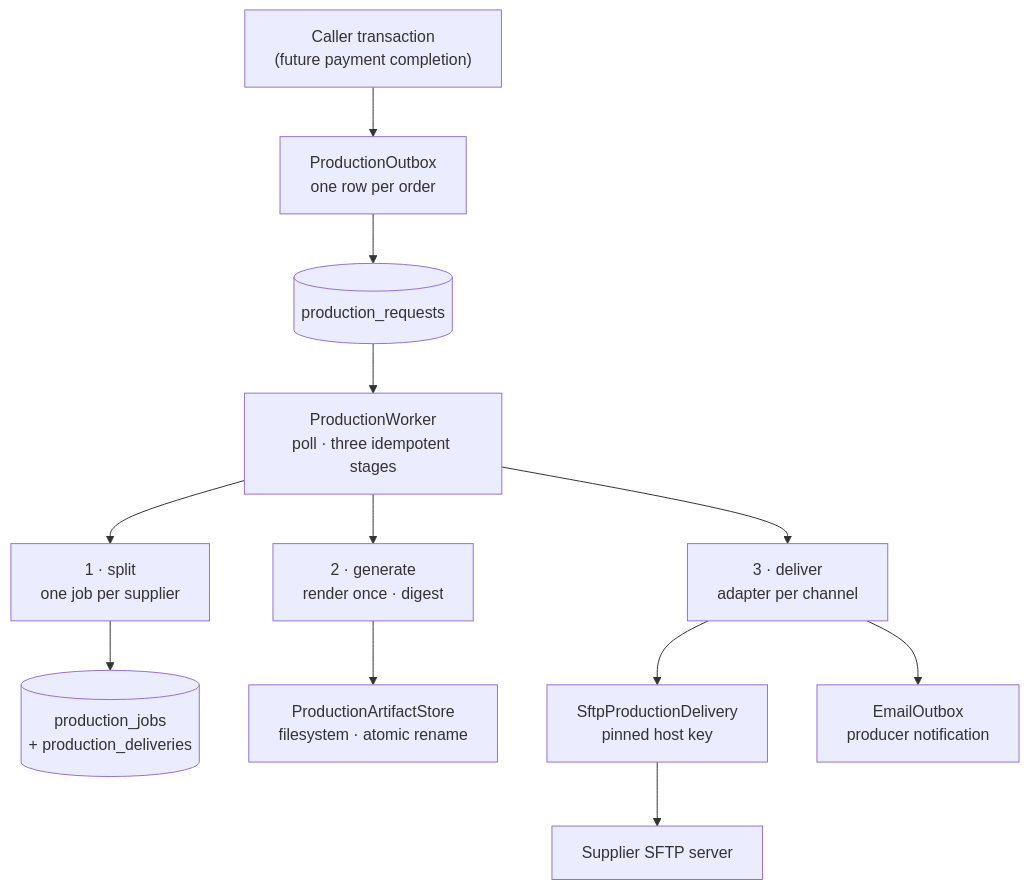
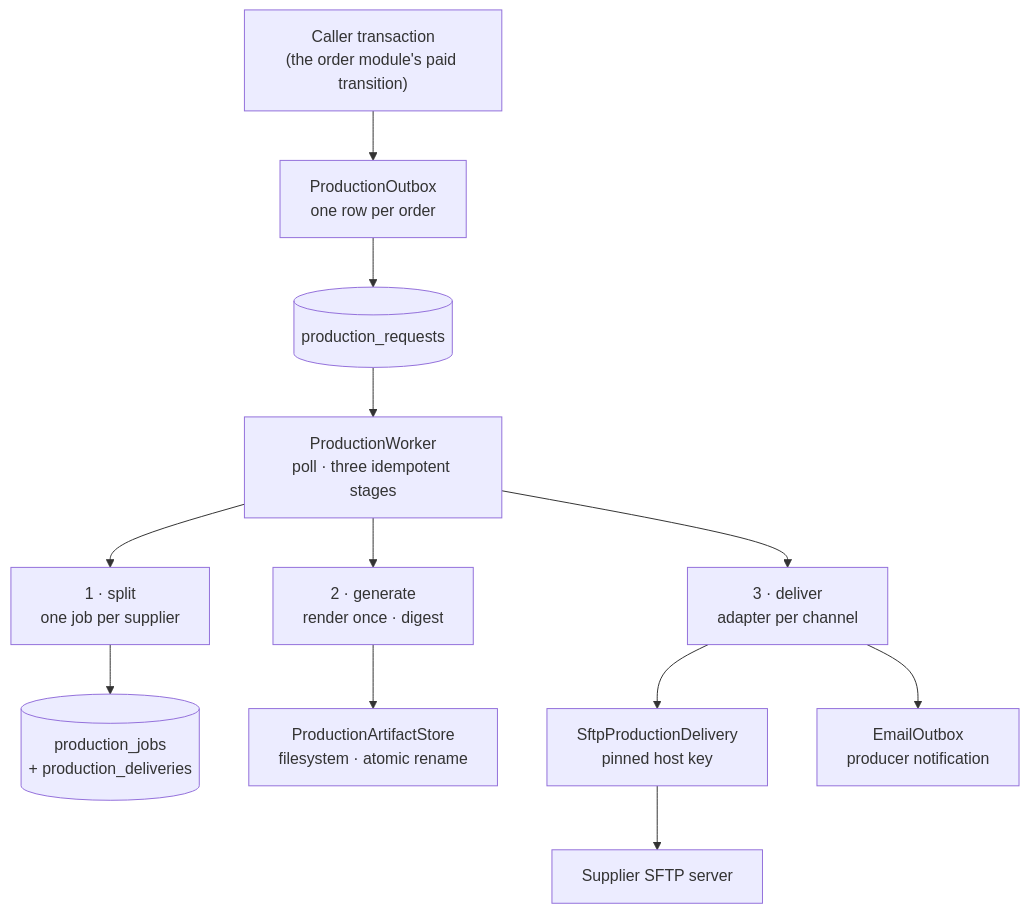
The first of 2 diagrams in docs/dev/backend/production-package.md (bitstorm-tech/voenix-shop-kotlin), drawn with Mermaid before and after one commit. The commit also changed other lines of this file and 11 other files, not shown here.

First line of the commit message:
Payment T4: docs, roadmap, and closeout

````diff
--- a/docs/dev/backend/production-package.md
+++ b/docs/dev/backend/production-package.md
@@ -46,21 +46,21 @@
 ```mermaid
 flowchart TB
-    Caller["Caller transaction<br/>(future payment completion)"]
+    Caller["Caller transaction<br/>(the order module's paid transition)"]
     Outbox["ProductionOutbox<br/>one row per order"]
     Requests[("production_requests")]
     Worker["ProductionWorker<br/>poll · three idempotent stages"]
     Split["1 · split<br/>one job per supplier"]
     Jobs[("production_jobs<br/>+ production_deliveries")]
     Generate["2 · generate<br/>render once · digest"]
     Store["ProductionArtifactStore<br/>filesystem · atomic rename"]
     Deliver["3 · deliver<br/>adapter per channel"]
     Sftp["SftpProductionDelivery<br/>pinned host key"]
     Server["Supplier SFTP server"]
     Email["EmailOutbox<br/>producer notification"]
 
     Caller --> Outbox --> Requests --> Worker
     Worker --> Split --> Jobs
     Worker --> Generate --> Store
     Worker --> Deliver --> Sftp --> Server
     Deliver --> Email
 ```
````
